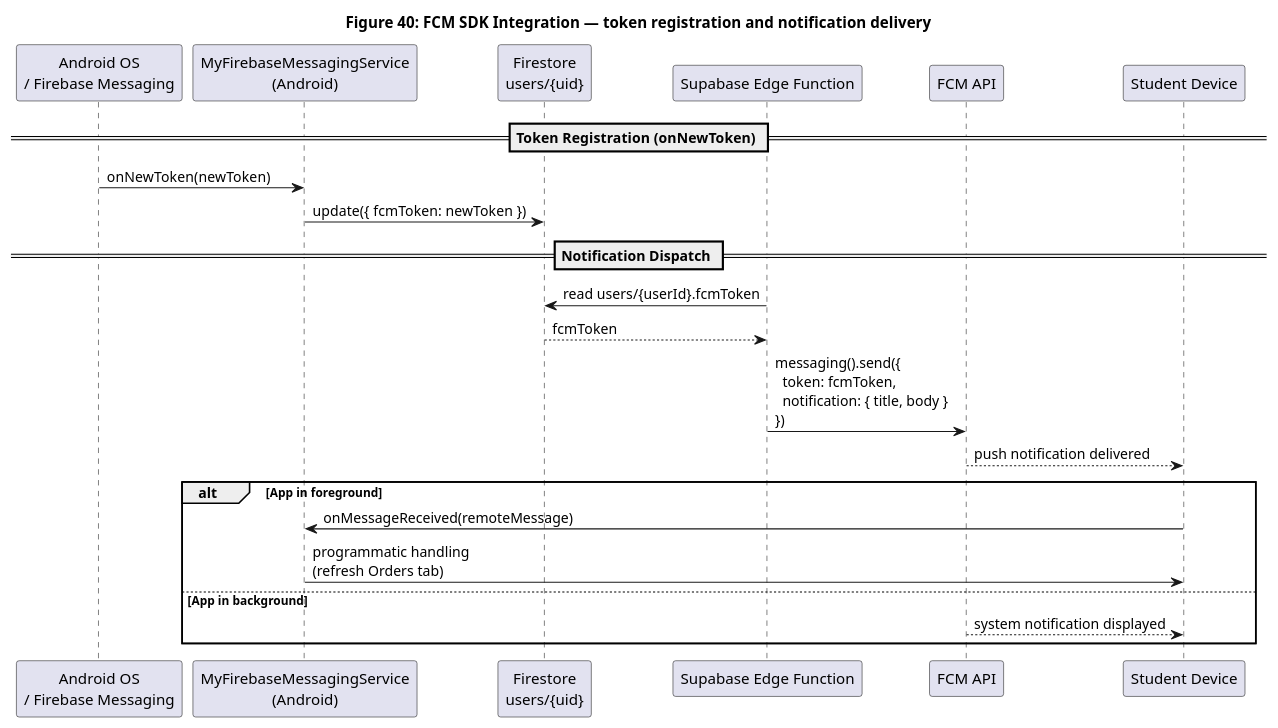
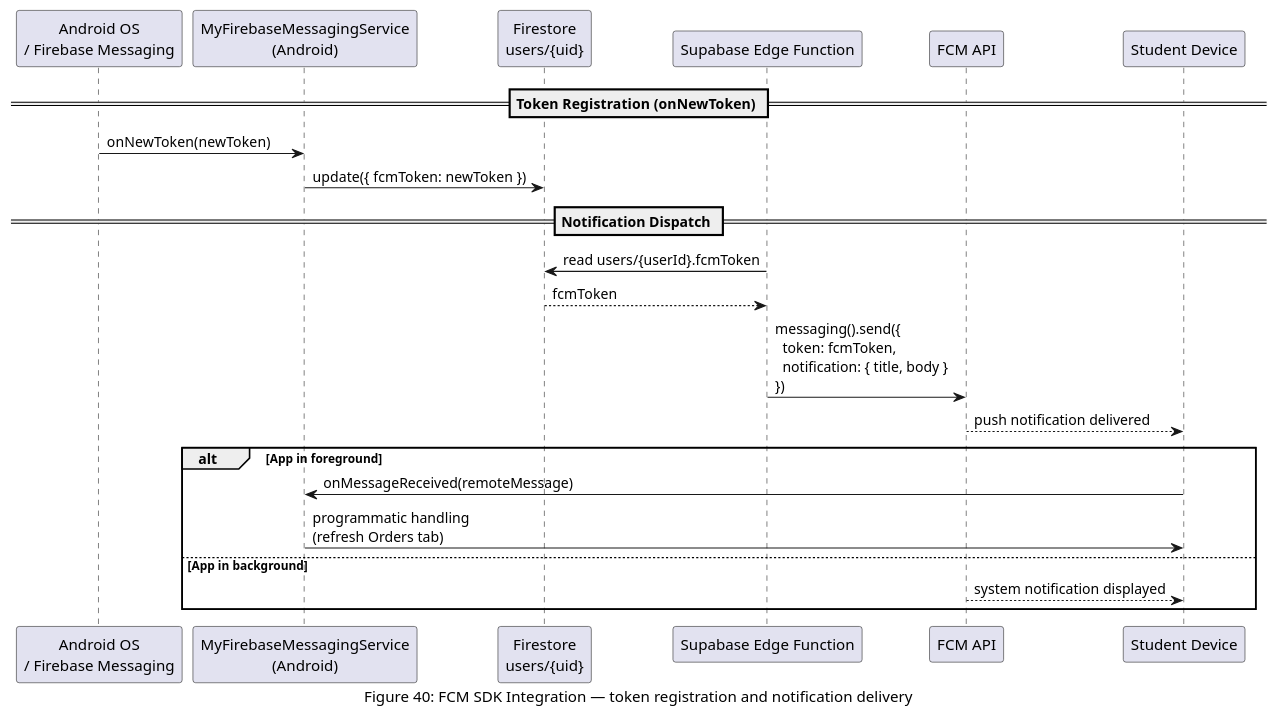
Before and after one commit to Musyonchez/beni-2: the tenth of 12 diagrams in pdf-source/figures/ch-6.md, drawn with PlantUML. The commit also changed other lines of this file and 30 other files, not shown here.

First line of the commit message:
chore: update figures, add generated PNGs, fix figure follow-up paragraphs

````diff
--- a/pdf-source/figures/ch-6.md
+++ b/pdf-source/figures/ch-6.md
@@ -403,31 +403,31 @@
 ```plantuml
 @startuml Figure40_FCMIntegration
 skinparam backgroundColor white
 skinparam defaultFontName Arial
-title Figure 40: FCM SDK Integration — token registration and notification delivery
+caption Figure 40: FCM SDK Integration — token registration and notification delivery
 
 participant "Android OS\n/ Firebase Messaging" as OS
 participant "MyFirebaseMessagingService\n(Android)" as FMS
 participant "Firestore\nusers/{uid}" as FS
 participant "Supabase Edge Function" as EF
 participant "FCM API" as FCM
 participant "Student Device" as DEV
 
 == Token Registration (onNewToken) ==
 OS -> FMS : onNewToken(newToken)
 FMS -> FS : update({ fcmToken: newToken })
 
 == Notification Dispatch ==
 EF -> FS : read users/{userId}.fcmToken
 FS --> EF : fcmToken
 EF -> FCM : messaging().send({\n  token: fcmToken,\n  notification: { title, body }\n})
 FCM --> DEV : push notification delivered
 
 alt App in foreground
   DEV -> FMS : onMessageReceived(remoteMessage)
   FMS -> DEV : programmatic handling\n(refresh Orders tab)
 else App in background
   FCM --> DEV : system notification displayed
 end
 @enduml
 ```
````
